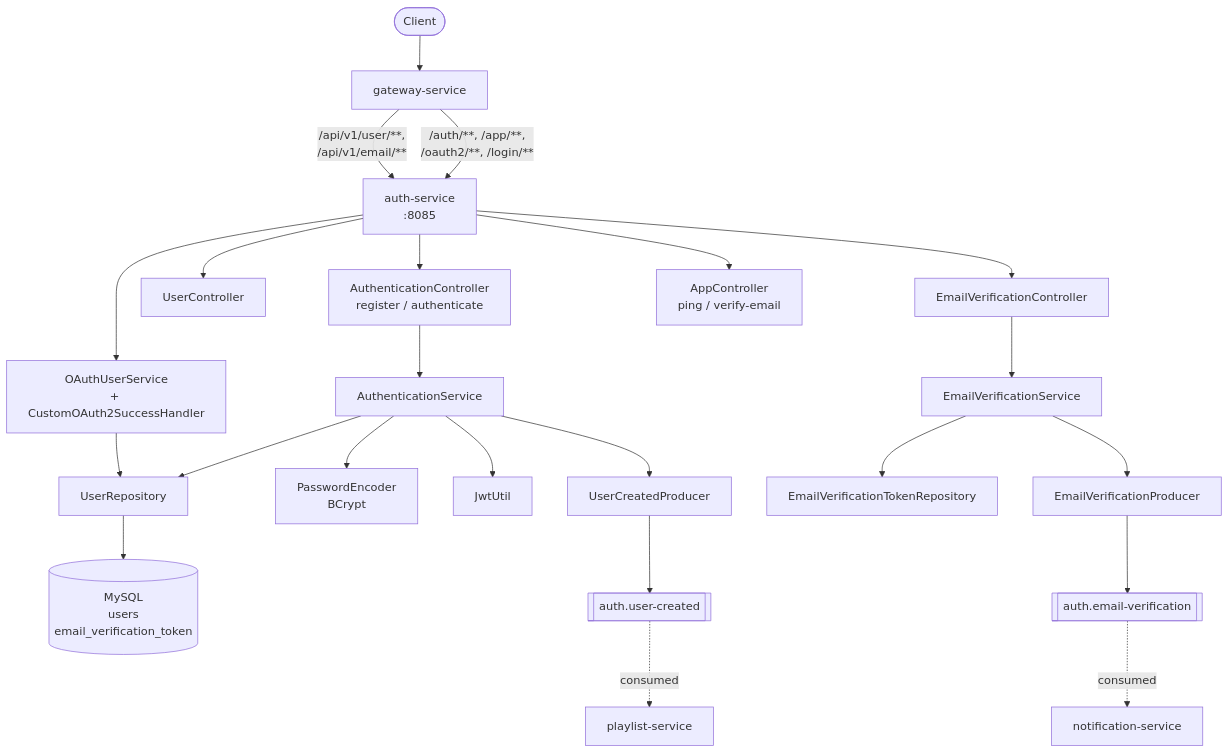
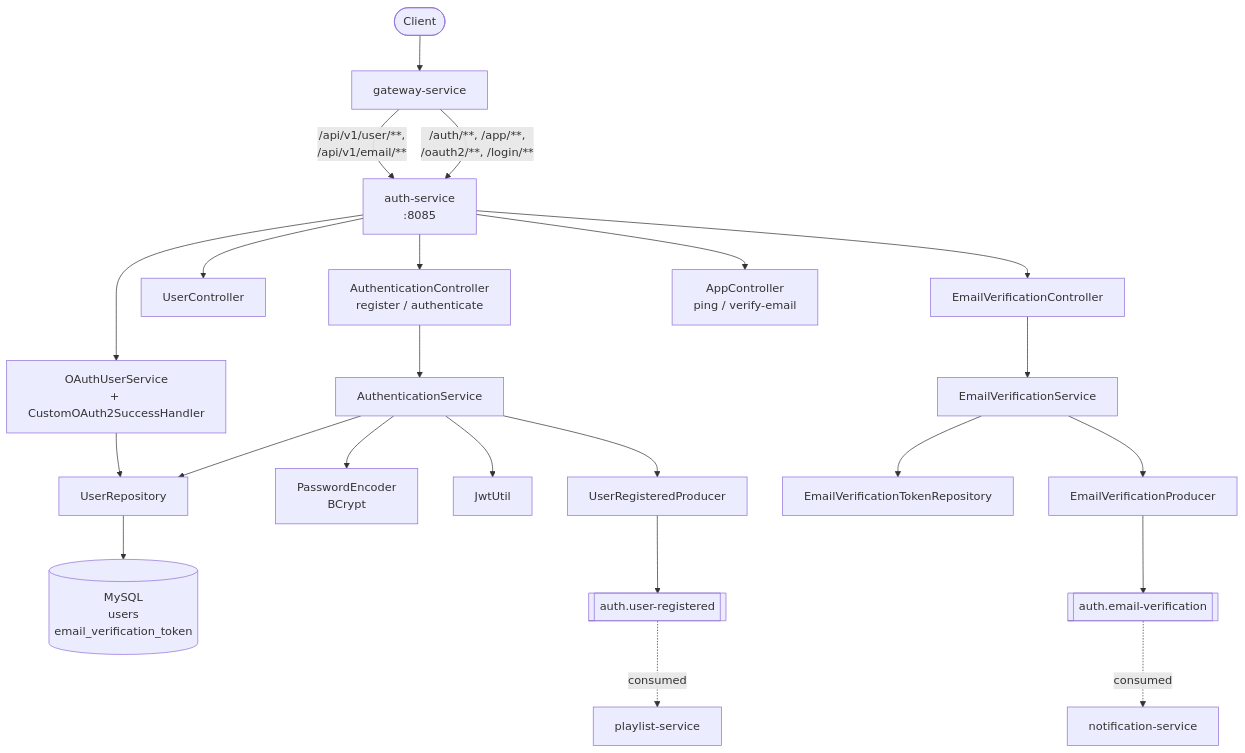
The first of 4 diagrams in auth-service/README.md (harshithrao07/cadence), drawn with Mermaid before and after one commit. The commit also changed other lines of this file and 44 other files, not shown here.

````diff
--- a/auth-service/README.md
+++ b/auth-service/README.md
@@ -16,33 +21,33 @@
 ```mermaid
 flowchart TB
     client([Client]) --> gw[gateway-service]
 
     gw -->|/auth/**, /app/**,<br/>/oauth2/**, /login/**| auth[auth-service<br/>:8085]
     gw -->|/api/v1/user/**,<br/>/api/v1/email/**| auth
 
     auth --> ac[AuthenticationController<br/>register / authenticate]
     auth --> uc[UserController]
     auth --> evc[EmailVerificationController]
     auth --> appc[AppController<br/>ping / verify-email]
 
     ac --> as[AuthenticationService]
     as --> ur[UserRepository]
     as --> pe[PasswordEncoder<br/>BCrypt]
     as --> jwt[JwtUtil]
-    as --> ucp[UserCreatedProducer]
+    as --> ucp[UserRegisteredProducer]
 
     evc --> evs[EmailVerificationService]
     evs --> evtr[EmailVerificationTokenRepository]
     evs --> evp[EmailVerificationProducer]
 
     auth --> oauth[OAuthUserService<br/>+ CustomOAuth2SuccessHandler]
     oauth --> ur
 
     ur --> mysql[(MySQL<br/>users<br/>email_verification_token)]
 
-    ucp --> kuc[[auth.user-created]]
+    ucp --> kuc[[auth.user-registered]]
     evp --> kev[[auth.email-verification]]
 
     kuc -.consumed.-> playlist[playlist-service]
     kev -.consumed.-> notif[notification-service]
 ```
````
